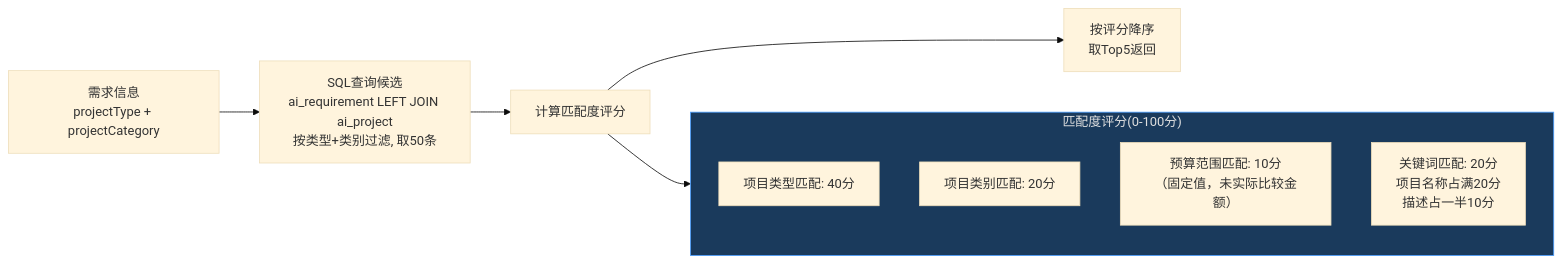
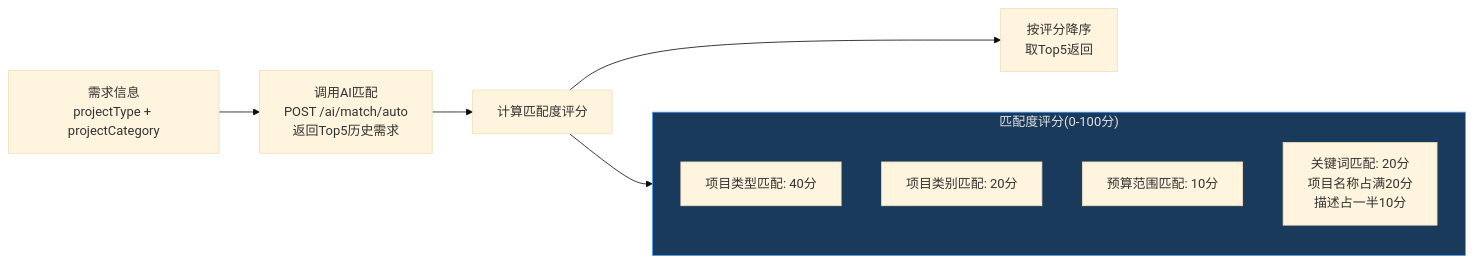
Before and after one commit to DrunkFood/First: the fifth of 20 diagrams in docs/projects/业务需求编制到招标文件完成-业务流程梳理.md, drawn with Mermaid (base theme). The commit also changed other lines of this file and 30 other files, not shown here.

````diff
--- a/docs/projects/业务需求编制到招标文件完成-业务流程梳理.md
+++ b/docs/projects/业务需求编制到招标文件完成-业务流程梳理.md
@@ -210,17 +200,17 @@
 ```mermaid
 flowchart LR
-    A["需求信息<br/>projectType + projectCategory"] --> B["SQL查询候选<br/>ai_requirement LEFT JOIN ai_project<br/>按类型+类别过滤, 取50条"]
+    A["需求信息<br/>projectType + projectCategory"] --> B["调用AI匹配<br/>POST /ai/match/auto<br/>返回Top5历史需求"]
     B --> C["计算匹配度评分"]
     C --> D["按评分降序<br/>取Top5返回"]
 
     subgraph 评分算法["匹配度评分(0-100分)"]
         S1["项目类型匹配: 40分"]
         S2["项目类别匹配: 20分"]
-        S3["预算范围匹配: 10分<br/>（固定值，未实际比较金额）"]
+        S3["预算范围匹配: 10分"]
         S4["关键词匹配: 20分<br/>项目名称占满20分<br/>描述占一半10分"]
     end
 
     C --> 评分算法
 
     style 评分算法 fill:#1a3a5c,stroke:#4a9eff,color:#e0e0e0
 ```
````
